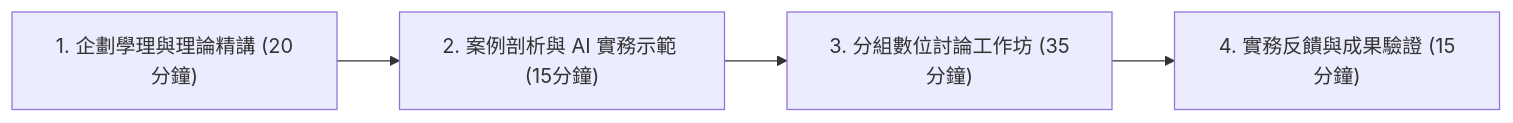
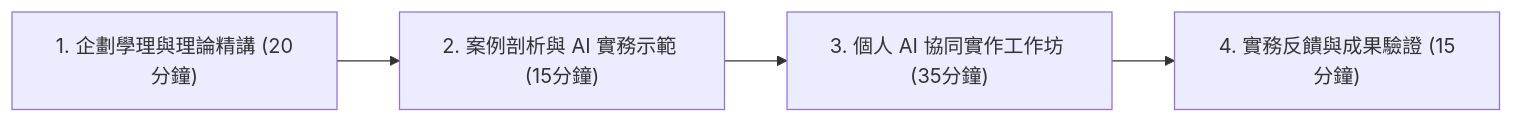
The diagram in 00_Course_Syllabus.md (h12s12bs/vnu-creative-thinking-and-practice), drawn with Mermaid before and after one commit. The commit also changed other lines of this file and 5 other files, not shown here.

````diff
--- a/00_Course_Syllabus.md
+++ b/00_Course_Syllabus.md
@@ -11,6 +11,6 @@
 ```mermaid
 graph LR
     A["1. 企劃學理與理論精講 (20分鐘)"] --> B["2. 案例剖析與 AI 實務示範 (15分鐘)"]
-    B --> C["3. 分組數位討論工作坊 (35分鐘)"]
+    B --> C["3. 個人 AI 協同實作工作坊 (35分鐘)"]
     C --> D["4. 實務反饋與成果驗證 (15分鐘)"]
 ```
````
